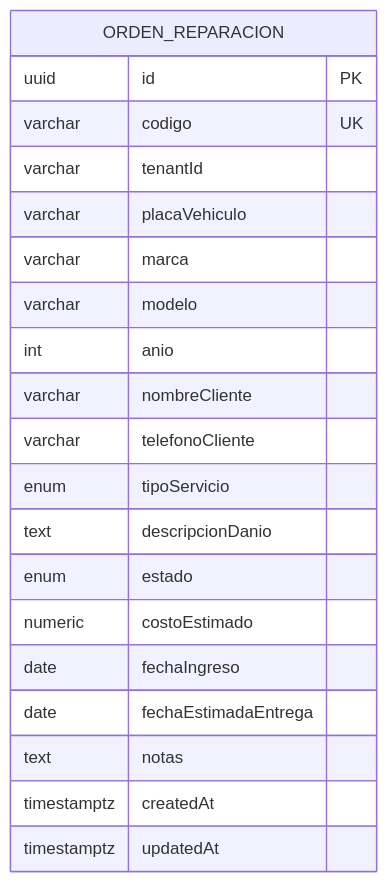
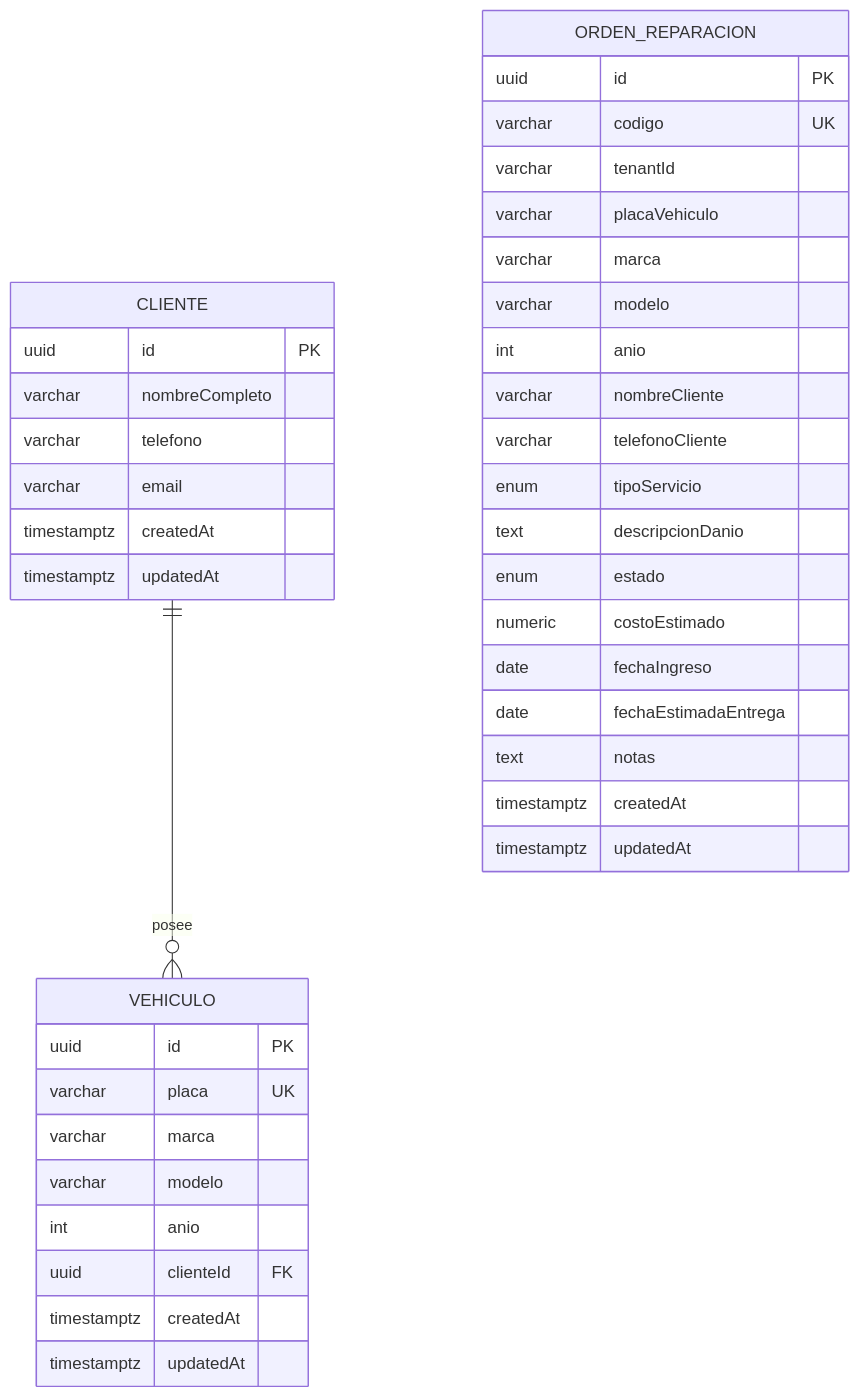
One commit to LENINALX/aplicaci-nes-web- changed the diagram in docs/diagrama-entidades.md. Above: the diagram before and after it, drawn with Mermaid. The commit also changed other lines of this file and 2 other files, not shown here.

Commit message:
Integra y documenta CRUD relacional

````diff
--- a/docs/diagrama-entidades.md
+++ b/docs/diagrama-entidades.md
@@ -7,23 +7,42 @@
 ```mermaid
 erDiagram
+	CLIENTE ||--o{ VEHICULO : posee
+	CLIENTE {
+		uuid id PK
+		varchar nombreCompleto
+		varchar telefono
+		varchar email
+		timestamptz createdAt
+		timestamptz updatedAt
+	}
+	VEHICULO {
+		uuid id PK
+		varchar placa UK
+		varchar marca
+		varchar modelo
+		int anio
+		uuid clienteId FK
+		timestamptz createdAt
+		timestamptz updatedAt
+	}
 	ORDEN_REPARACION {
 		uuid id PK
 		varchar codigo UK
 		varchar tenantId
 		varchar placaVehiculo
 		varchar marca
 		varchar modelo
 		int anio
 		varchar nombreCliente
 		varchar telefonoCliente
 		enum tipoServicio
 		text descripcionDanio
 		enum estado
 		numeric costoEstimado
 		date fechaIngreso
 		date fechaEstimadaEntrega
 		text notas
 		timestamptz createdAt
 		timestamptz updatedAt
 	}
 ```
````
